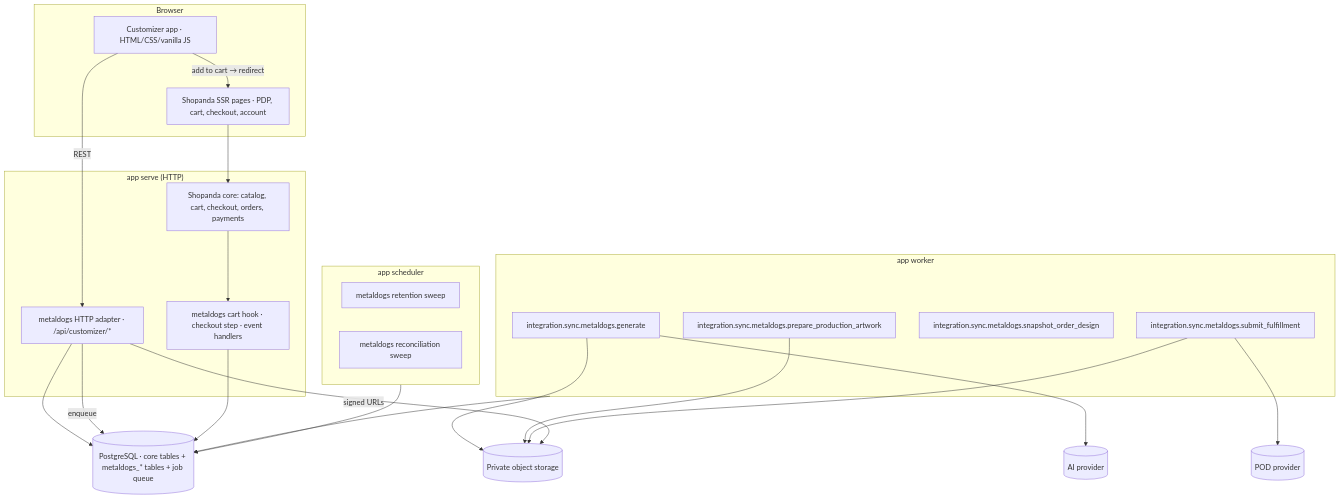
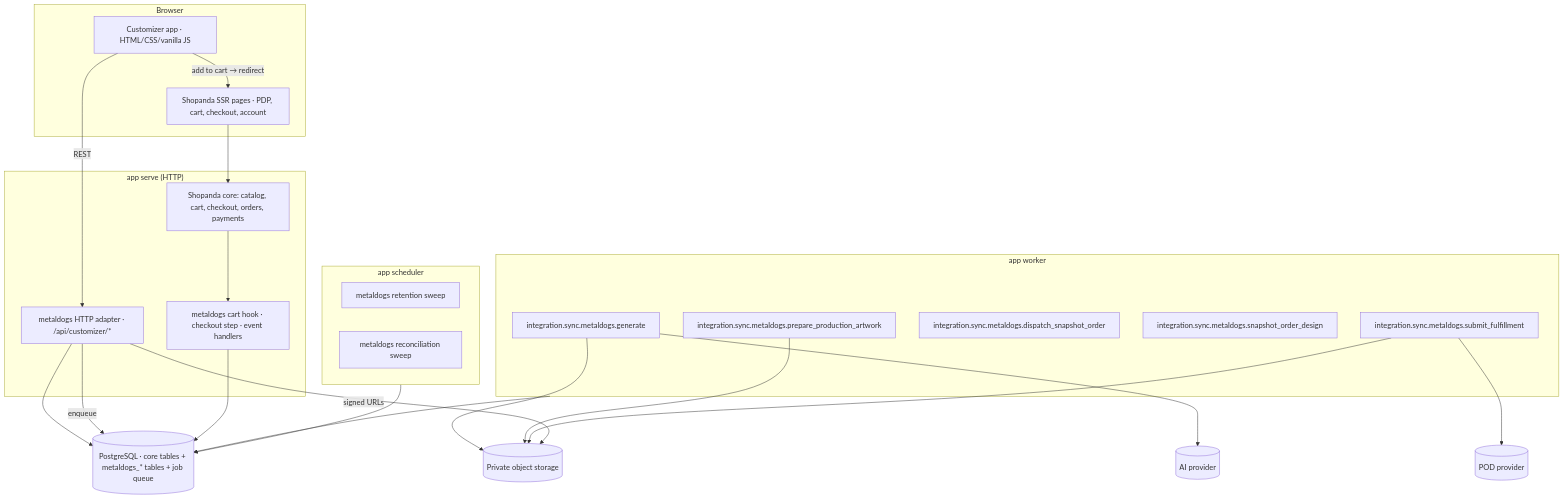
The second of 4 diagrams in docs/architecture/overview.md (akarso/metal_dogs), drawn with Mermaid before and after one commit. The commit also changed 8 other files, not shown here.

Commit message:
Dispatch order.created into one UUID v5 snapshot job and fail closed without an order source.

````diff
--- a/docs/architecture/overview.md
+++ b/docs/architecture/overview.md
@@ -37,46 +37,47 @@
 ```mermaid
 flowchart TB
     subgraph browser[Browser]
         cust[Customizer app · HTML/CSS/vanilla JS]
         ssr[Shopanda SSR pages · PDP, cart, checkout, account]
     end
 
     subgraph serve["app serve (HTTP)"]
         core[Shopanda core: catalog, cart, checkout, orders, payments]
         mdhttp[metaldogs HTTP adapter · /api/customizer/*]
         hooks[metaldogs cart hook · checkout step · event handlers]
     end
 
     subgraph worker["app worker"]
         gen[integration.sync.metaldogs.generate]
         prod[integration.sync.metaldogs.prepare_production_artwork]
+        disp[integration.sync.metaldogs.dispatch_snapshot_order]
         snap[integration.sync.metaldogs.snapshot_order_design]
         ful[integration.sync.metaldogs.submit_fulfillment]
     end
 
     subgraph scheduler["app scheduler"]
         ret[metaldogs retention sweep]
         rec[metaldogs reconciliation sweep]
     end
 
     pg[(PostgreSQL · core tables + metaldogs_* tables + job queue)]
     s3[(Private object storage)]
     ai[(AI provider)]
     pod[(POD provider)]
 
     cust -- REST --> mdhttp
     cust -- "add to cart → redirect" --> ssr
     ssr --> core
     mdhttp --> pg
     mdhttp -- enqueue --> pg
     core --> hooks
     hooks --> pg
     worker --> pg
     scheduler --> pg
     gen --> ai
     gen --> s3
     prod --> s3
     ful --> pod
     ful --> s3
     mdhttp -- signed URLs --> s3
 ```
````
